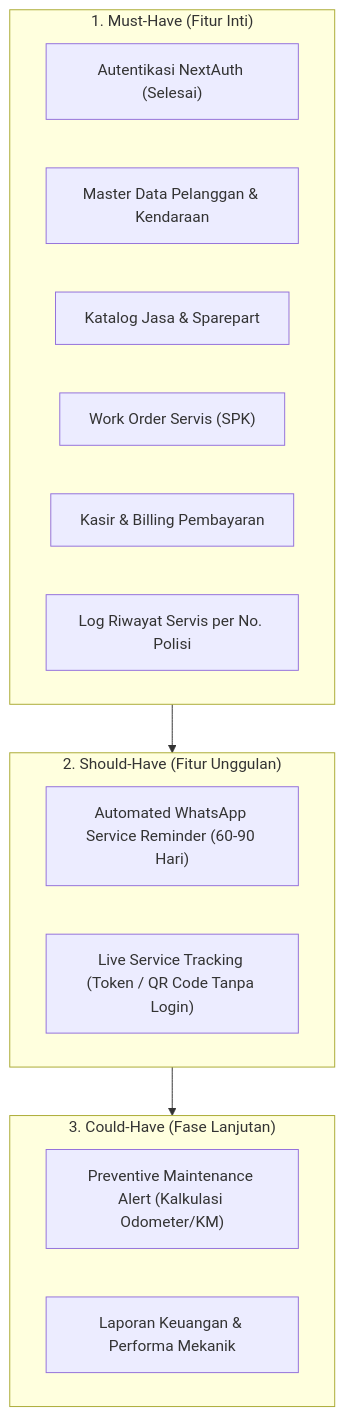
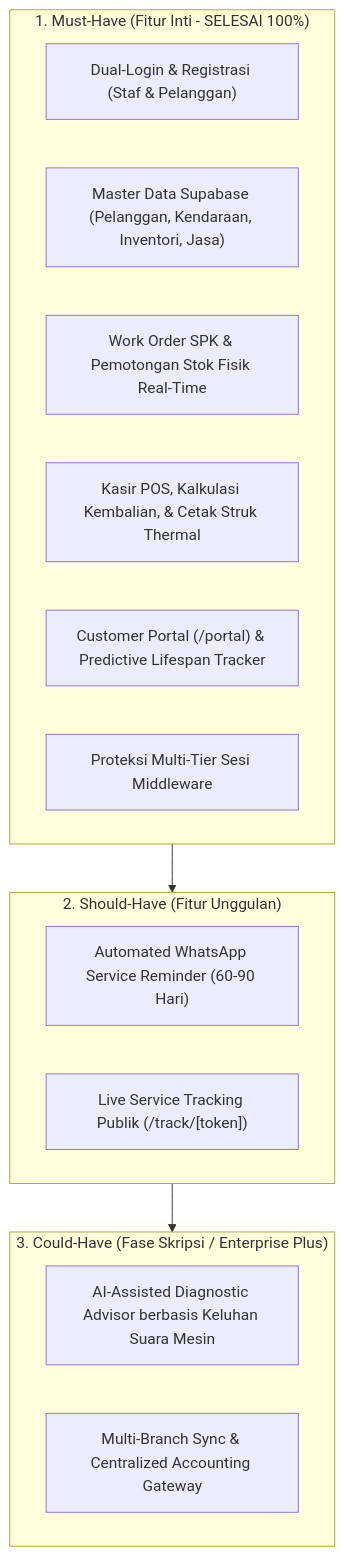
One commit to PrabuPebe/bengkel-app changed the second of 3 diagrams in docs/PRD.md. Above: the diagram before and after it, drawn with Mermaid. The commit also changed other lines of this file, not shown here.

Commit message:
docs: update PRD to v2.0.0 for PitCare Auto Enterprise with completed Milestone 3

````diff
--- a/docs/PRD.md
+++ b/docs/PRD.md
@@ -91,24 +98,24 @@
 ```mermaid
 graph TD
-    subgraph MustHave["1. Must-Have (Fitur Inti)"]
-        M1["Autentikasi NextAuth (Selesai)"]
-        M2["Master Data Pelanggan & Kendaraan"]
-        M3["Katalog Jasa & Sparepart"]
-        M4["Work Order Servis (SPK)"]
-        M5["Kasir & Billing Pembayaran"]
-        M6["Log Riwayat Servis per No. Polisi"]
+    subgraph MustHave["1. Must-Have (Fitur Inti - SELESAI 100%)"]
+        M1["Dual-Login & Registrasi (Staf & Pelanggan)"]
+        M2["Master Data Supabase (Pelanggan, Kendaraan, Inventori, Jasa)"]
+        M3["Work Order SPK & Pemotongan Stok Fisik Real-Time"]
+        M4["Kasir POS, Kalkulasi Kembalian, & Cetak Struk Thermal"]
+        M5["Customer Portal (/portal) & Predictive Lifespan Tracker"]
+        M6["Proteksi Multi-Tier Sesi Middleware"]
     end
 
     subgraph ShouldHave["2. Should-Have (Fitur Unggulan)"]
         S1["Automated WhatsApp Service Reminder (60-90 Hari)"]
-        S2["Live Service Tracking (Token / QR Code Tanpa Login)"]
+        S2["Live Service Tracking Publik (/track/[token])"]
     end
 
-    subgraph CouldHave["3. Could-Have (Fase Lanjutan)"]
-        C1["Preventive Maintenance Alert (Kalkulasi Odometer/KM)"]
-        C2["Laporan Keuangan & Performa Mekanik"]
+    subgraph CouldHave["3. Could-Have (Fase Skripsi / Enterprise Plus)"]
+        C1["AI-Assisted Diagnostic Advisor berbasis Keluhan Suara Mesin"]
+        C2["Multi-Branch Sync & Centralized Accounting Gateway"]
     end
 
     MustHave --> ShouldHave
     ShouldHave --> CouldHave
 ```
````
